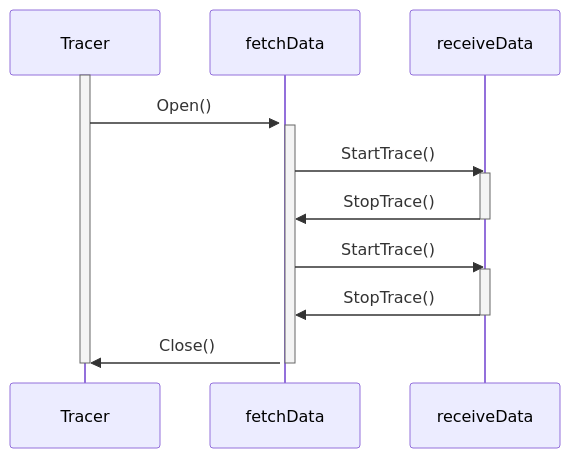
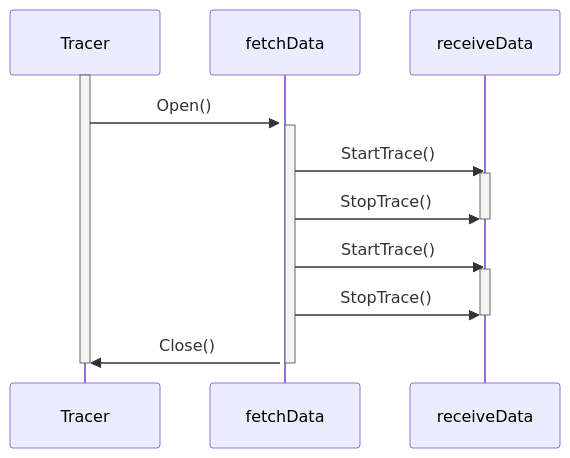
Before and after one commit to macformula/hil: the diagram in canlink/README.md, drawn with Mermaid.

Commit message:
Update the sequence diagram for Cantracer

````diff
--- a/canlink/README.md
+++ b/canlink/README.md
@@ -62,17 +62,17 @@
 ```mermaid
 sequenceDiagram
     activate Tracer
     Tracer->>+fetchData: Open()
     activate fetchData
     fetchData->>receiveData: StartTrace()
     activate receiveData
-    receiveData->>fetchData: StopTrace()
+    fetchData->>receiveData: StopTrace()
     deactivate receiveData
     fetchData->>receiveData: StartTrace()
     activate receiveData
-    receiveData->>fetchData: StopTrace()
+    fetchData->>receiveData: StopTrace()
     deactivate receiveData
     fetchData->>Tracer: Close()
     deactivate fetchData
     deactivate Tracer
 ```
````
